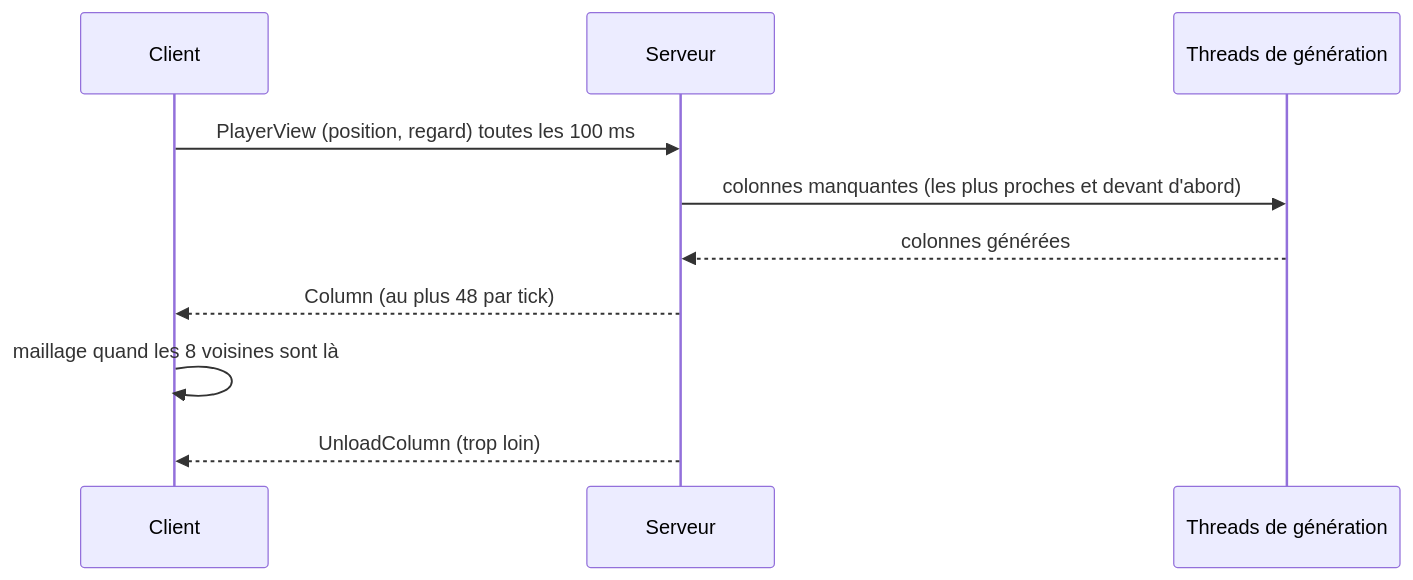
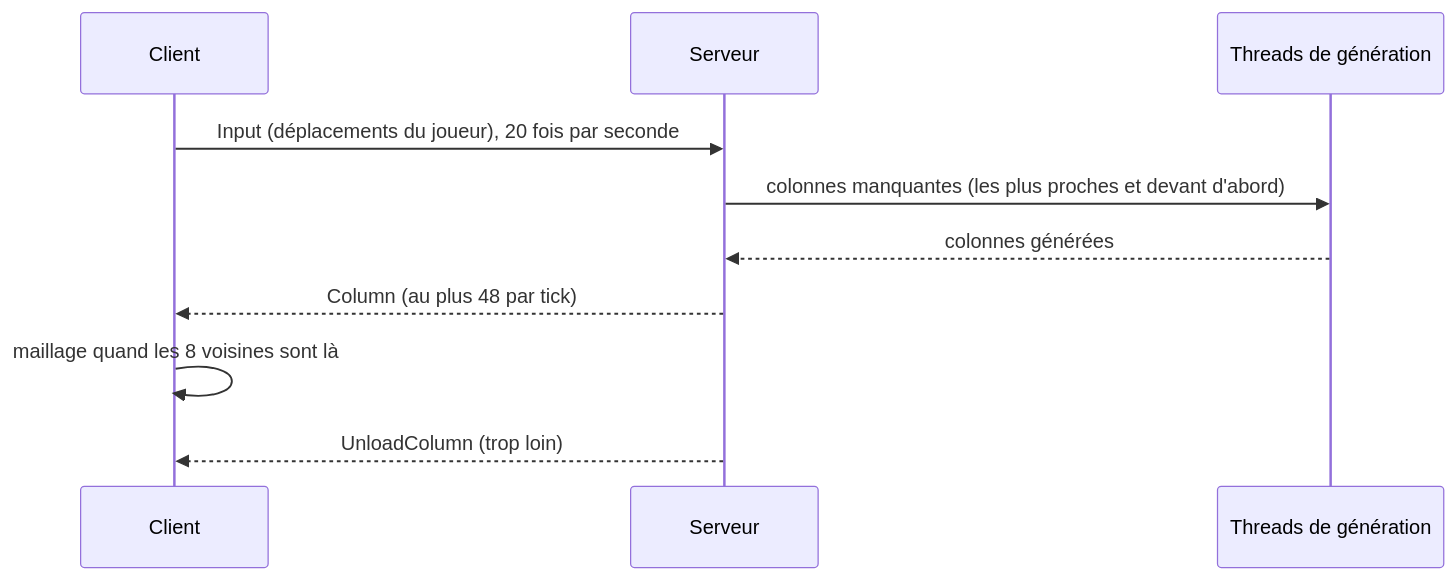
Before and after one commit to SinfulDice/strata-mundi: the diagram in docs/explications/monde-infini.md, drawn with Mermaid. The commit also changed other lines of this file and 97 other files, not shown here.

````diff
--- a/docs/explications/monde-infini.md
+++ b/docs/explications/monde-infini.md
@@ -9,12 +9,12 @@
 ```mermaid
 sequenceDiagram
     participant C as Client
     participant S as Serveur
     participant G as Threads de génération
-    C->>S: PlayerView (position, regard) toutes les 100 ms
+    C->>S: Input (déplacements du joueur), 20 fois par seconde
     S->>G: colonnes manquantes (les plus proches et devant d'abord)
     G-->>S: colonnes générées
     S-->>C: Column (au plus 48 par tick)
     C->>C: maillage quand les 8 voisines sont là
     S-->>C: UnloadColumn (trop loin)
 ```
````
